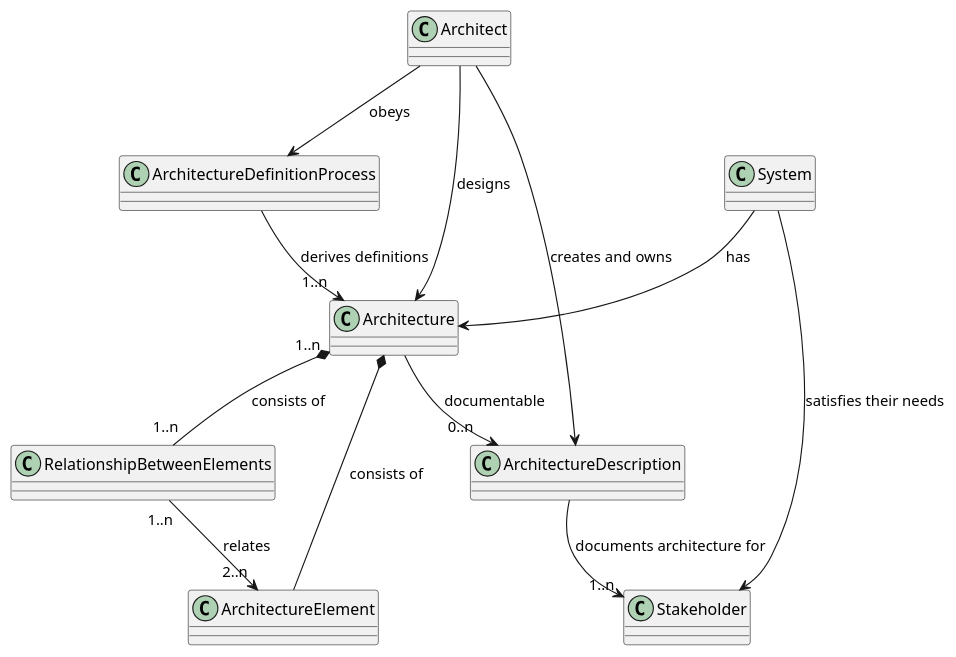
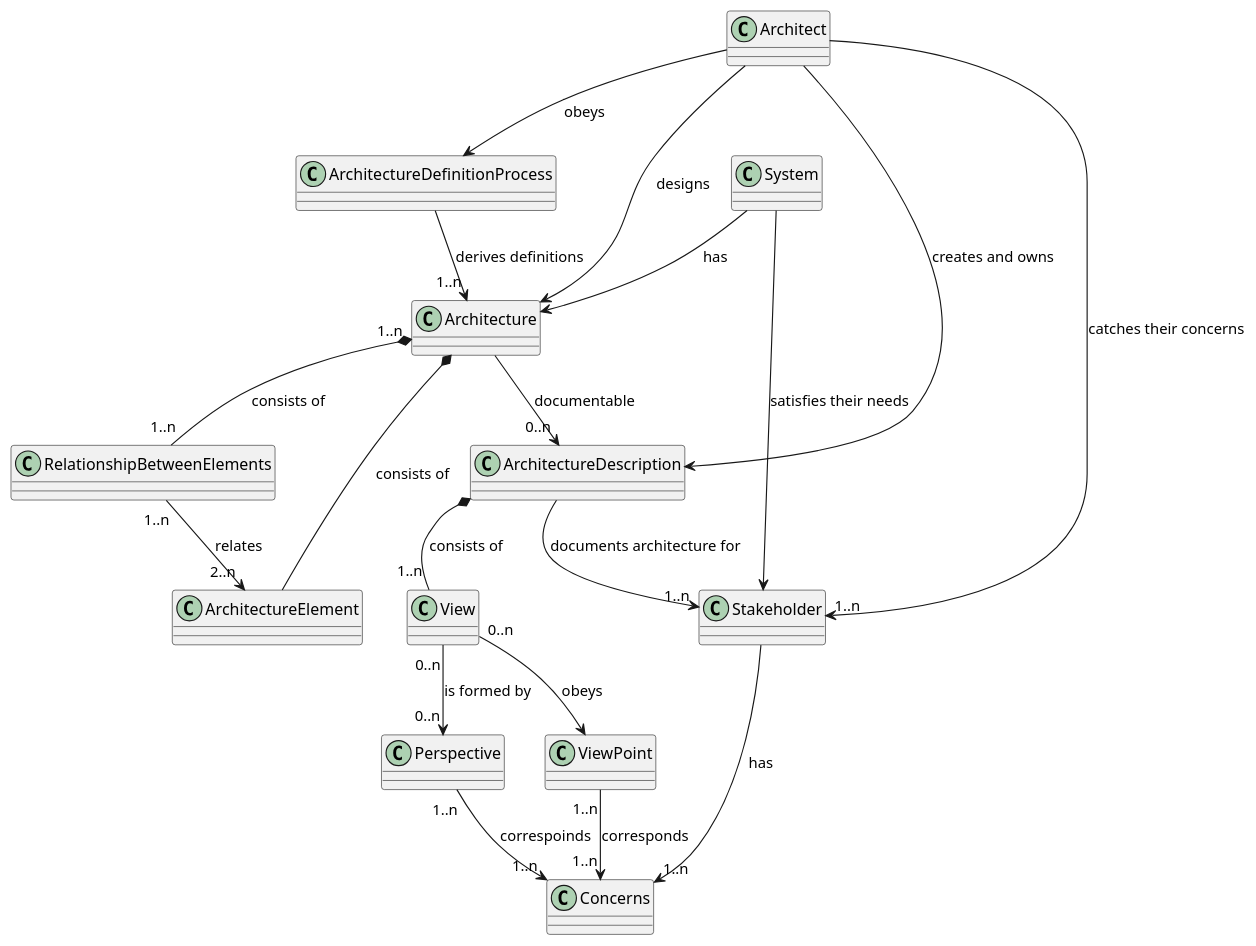
The diagram in _posts/2017-06-02-software-system-architecture.md (yasukei/yasukei.github.io), drawn with PlantUML before and after one commit.

```diff
--- a/_posts/2017-06-02-software-system-architecture.md
+++ b/_posts/2017-06-02-software-system-architecture.md
@@ -12,13 +12,20 @@
 @startuml
 RelationshipBetweenElements "1..n" --> "2..n" ArchitectureElement : relates
 Architecture *-- ArchitectureElement : consists of
 Architecture "1..n" *-- "1..n" RelationshipBetweenElements : consists of
 Architecture --> "0..n" ArchitectureDescription : documentable
 ArchitectureDefinitionProcess --> "1..n" Architecture : derives definitions
+ViewPoint "1..n" --> "1..n" Concerns : corresponds
+Perspective "1..n" --> "1..n" Concerns : correspoinds
+View "0..n" --> ViewPoint : obeys
+View "0..n" --> "0..n" Perspective : is formed by
 ArchitectureDescription --> "1..n" Stakeholder : documents architecture for
+ArchitectureDescription *-- "1..n" View : consists of
 Architect --> Architecture : designs
 Architect --> ArchitectureDefinitionProcess : obeys
 Architect --> ArchitectureDescription : creates and owns
+Architect --> "1..n" Stakeholder : catches their concerns
+Stakeholder --> "1..n" Concerns : has
 System --> Architecture : has
 System --> Stakeholder : satisfies their needs
 @enduml
```
